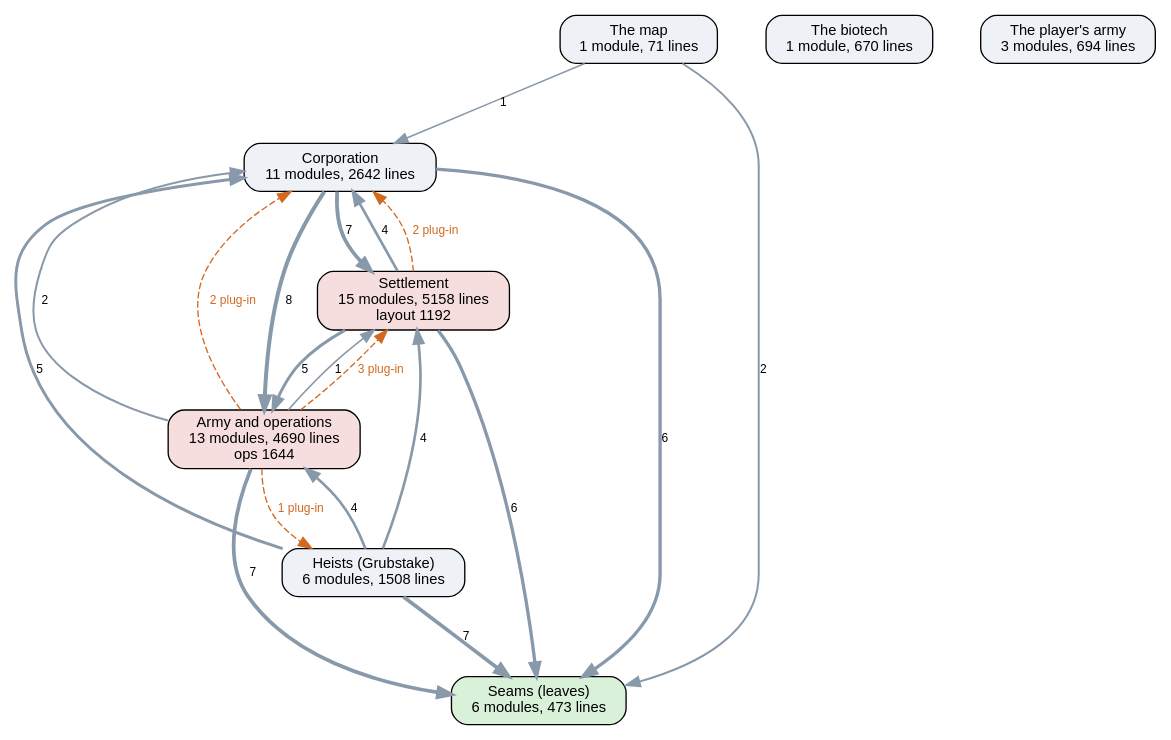
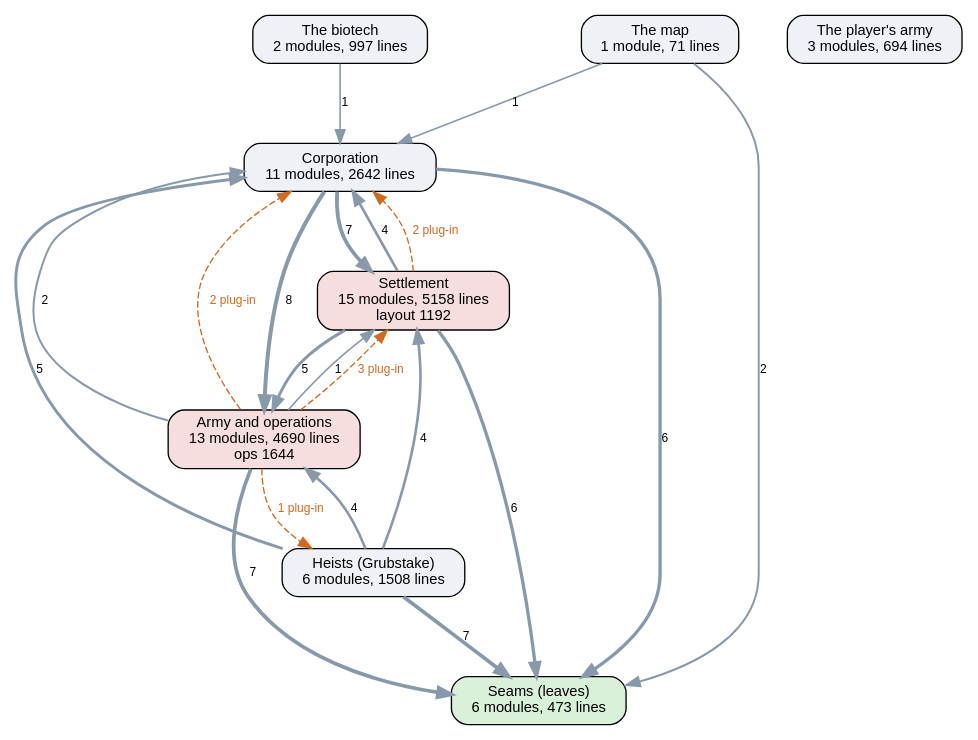
Before and after one commit to kinelhu/landing-party: the diagram in docs/ai-layers.dot, drawn with Graphviz. The commit also changed 18 other files, not shown here.

```diff
--- a/docs/ai-layers.dot
+++ b/docs/ai-layers.dot
@@ -1,32 +1,33 @@
 digraph layers {
   graph [rankdir=TB, fontname="Helvetica", nodesep=0.5, ranksep=0.7];
   node [shape=box, style="rounded,filled", fontname="Helvetica", fontsize=11, fillcolor="#eef2f7"];
   edge [color="#8899aa", fontname="Helvetica", fontsize=9];
   "Seams (leaves)" [label="Seams (leaves)\n6 modules, 473 lines", fillcolor="#d9f0d9"];
   "Corporation" [label="Corporation\n11 modules, 2642 lines", fillcolor="#eef2f7"];
   "Settlement" [label="Settlement\n15 modules, 5158 lines\nlayout 1192", fillcolor="#f7dede"];
   "Army and operations" [label="Army and operations\n13 modules, 4690 lines\nops 1644", fillcolor="#f7dede"];
   "Heists (Grubstake)" [label="Heists (Grubstake)\n6 modules, 1508 lines", fillcolor="#eef2f7"];
-  "The biotech" [label="The biotech\n1 module, 670 lines", fillcolor="#eef2f7"];
+  "The biotech" [label="The biotech\n2 modules, 997 lines", fillcolor="#eef2f7"];
   "The map" [label="The map\n1 module, 71 lines", fillcolor="#eef2f7"];
   "The player's army" [label="The player's army\n3 modules, 694 lines", fillcolor="#eef2f7"];
   "Army and operations" -> "Corporation" [label="2", penwidth=1.5];
   "Army and operations" -> "Seams (leaves)" [label="7", penwidth=2.8];
   "Army and operations" -> "Settlement" [label="1", penwidth=1.2];
   "Corporation" -> "Army and operations" [label="8", penwidth=3.0];
   "Corporation" -> "Seams (leaves)" [label="6", penwidth=2.5];
   "Corporation" -> "Settlement" [label="7", penwidth=2.8];
   "Heists (Grubstake)" -> "Army and operations" [label="4", penwidth=2.0];
   "Heists (Grubstake)" -> "Corporation" [label="5", penwidth=2.2];
   "Heists (Grubstake)" -> "Seams (leaves)" [label="7", penwidth=2.8];
   "Heists (Grubstake)" -> "Settlement" [label="4", penwidth=2.0];
   "Settlement" -> "Army and operations" [label="5", penwidth=2.2];
   "Settlement" -> "Corporation" [label="4", penwidth=2.0];
   "Settlement" -> "Seams (leaves)" [label="6", penwidth=2.5];
+  "The biotech" -> "Corporation" [label="1", penwidth=1.2];
   "The map" -> "Corporation" [label="1", penwidth=1.2];
   "The map" -> "Seams (leaves)" [label="2", penwidth=1.5];
   "Army and operations" -> "Corporation" [style=dashed, color="#d2691e", fontcolor="#d2691e", label="2 plug-in"];
   "Army and operations" -> "Heists (Grubstake)" [style=dashed, color="#d2691e", fontcolor="#d2691e", label="1 plug-in"];
   "Army and operations" -> "Settlement" [style=dashed, color="#d2691e", fontcolor="#d2691e", label="3 plug-in"];
   "Settlement" -> "Corporation" [style=dashed, color="#d2691e", fontcolor="#d2691e", label="2 plug-in"];
 }
```
